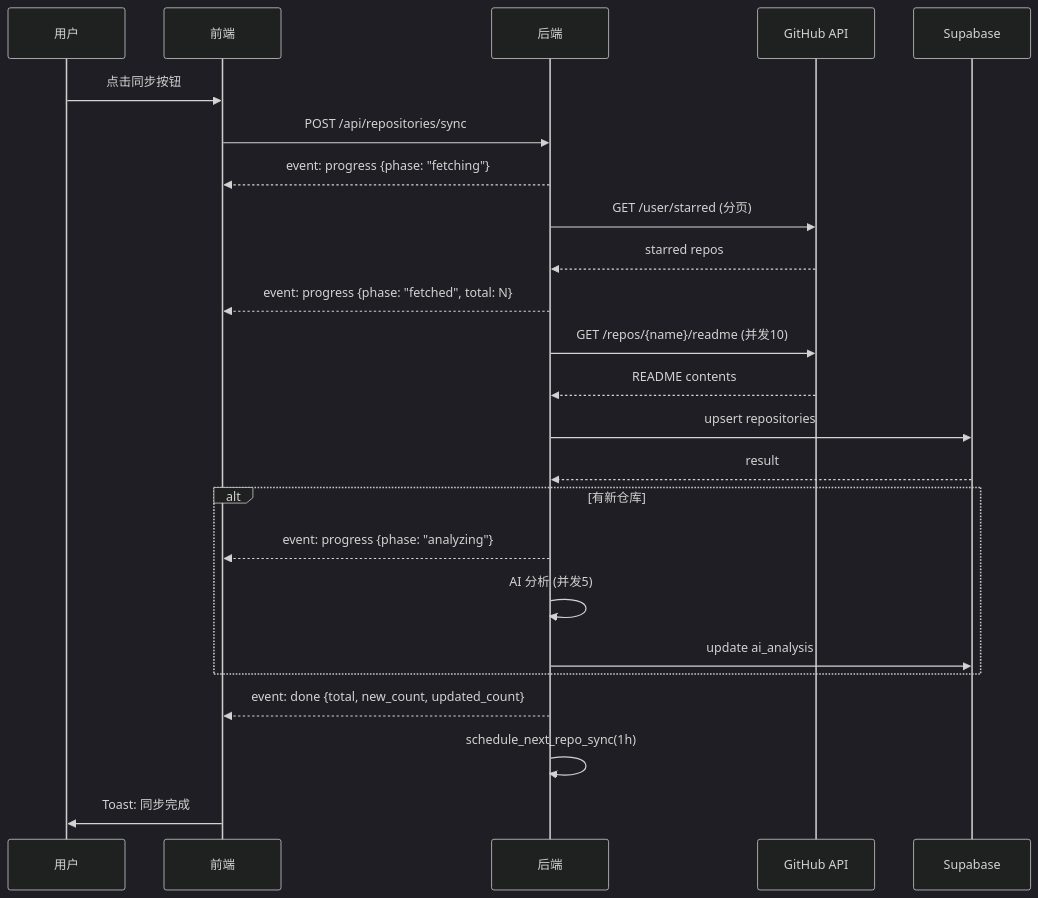
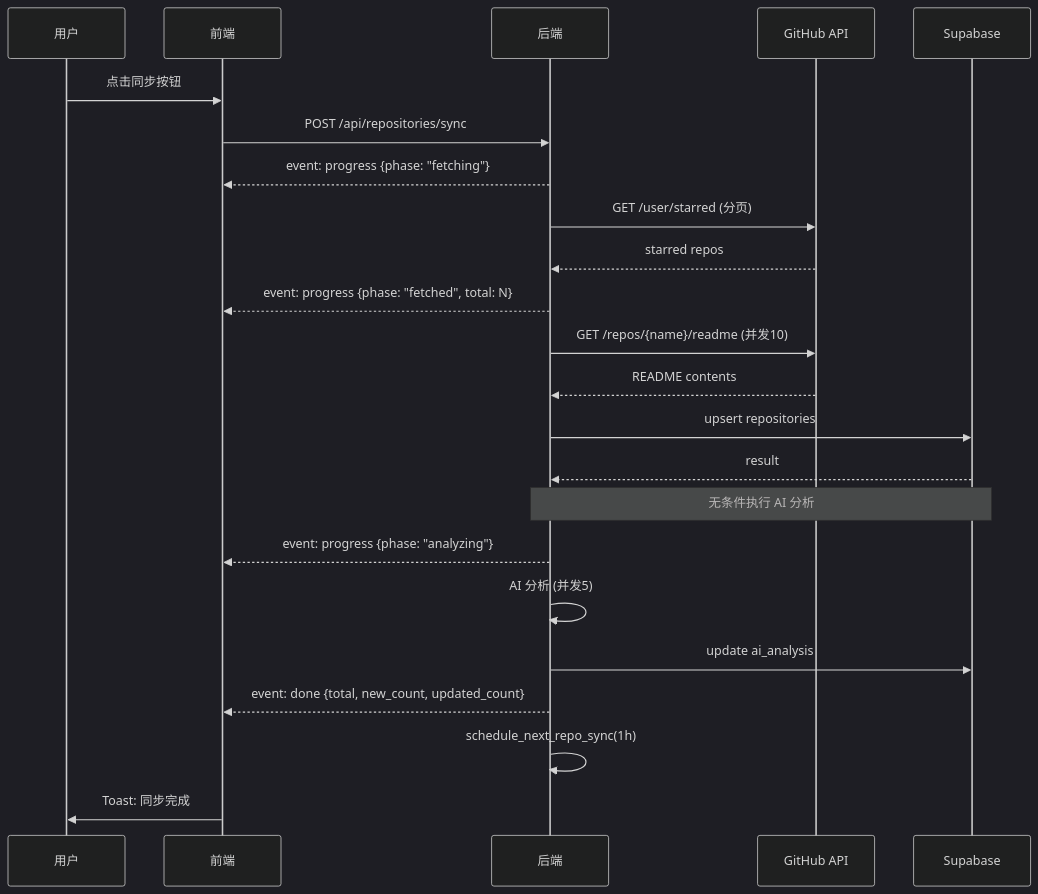
One commit to InvisibleQAQ/SaveHub_Supabase changed the second of 2 diagrams in docs/RSS_subscribe/仓库同步流程.md. Above: the diagram before and after it, drawn with Mermaid (dark theme). The commit also changed other lines of this file and 4 other files, not shown here.

First line of the commit message:
feat(repository): add saving phase progress feedback during sync

````diff
--- a/docs/RSS_subscribe/仓库同步流程.md
+++ b/docs/RSS_subscribe/仓库同步流程.md
@@ -73,32 +77,31 @@
 ```mermaid
 sequenceDiagram
     participant U as 用户
     participant F as 前端
     participant B as 后端
     participant G as GitHub API
     participant D as Supabase
 
     U->>F: 点击同步按钮
     F->>B: POST /api/repositories/sync
 
     B-->>F: event: progress {phase: "fetching"}
     B->>G: GET /user/starred (分页)
     G-->>B: starred repos
     B-->>F: event: progress {phase: "fetched", total: N}
 
     B->>G: GET /repos/{name}/readme (并发10)
     G-->>B: README contents
 
     B->>D: upsert repositories
     D-->>B: result
 
-    alt 有新仓库
-        B-->>F: event: progress {phase: "analyzing"}
-        B->>B: AI 分析 (并发5)
-        B->>D: update ai_analysis
-    end
+    Note over B,D: 无条件执行 AI 分析
+    B-->>F: event: progress {phase: "analyzing"}
+    B->>B: AI 分析 (并发5)
+    B->>D: update ai_analysis
 
     B-->>F: event: done {total, new_count, updated_count}
     B->>B: schedule_next_repo_sync(1h)
     F->>U: Toast: 同步完成
 ```
````
